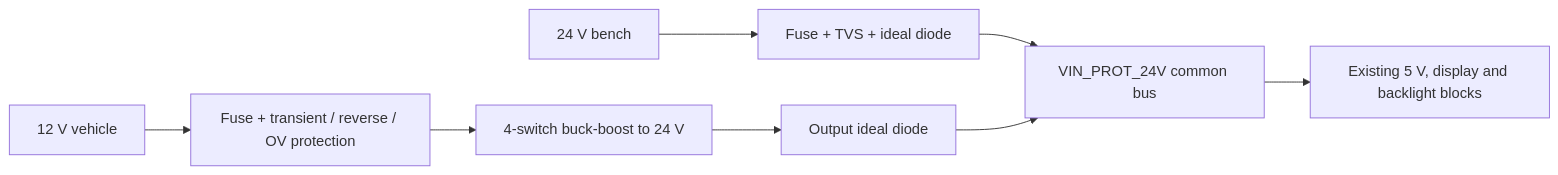
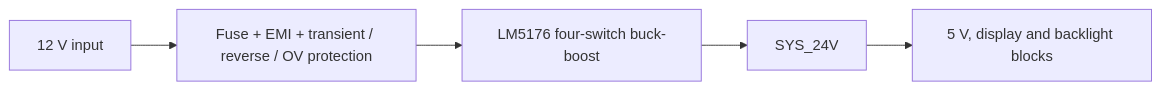
One commit to sydude/ESP32-P4-Display-Development-Daughterboard changed the diagram in docs/PRD.md. Above: the diagram before and after it, drawn with Mermaid. The commit also changed other lines of this file and 16 other files, not shown here.

Commit message:
Simplify power architecture to single 12V input

````diff
--- a/docs/PRD.md
+++ b/docs/PRD.md
@@ -319,10 +310,7 @@
 ```mermaid
 flowchart LR
-  A["24 V bench"] --> B["Fuse + TVS + ideal diode"]
-  C["12 V vehicle"] --> D["Fuse + transient / reverse / OV protection"]
-  D --> E["4-switch buck-boost to 24 V"]
-  E --> F["Output ideal diode"]
-  B --> G["VIN_PROT_24V common bus"]
-  F --> G
-  G --> H["Existing 5 V, display and backlight blocks"]
+  A["12 V input"] --> B["Fuse + EMI + transient / reverse / OV protection"]
+  B --> C["LM5176 four-switch buck-boost"]
+  C --> D["SYS_24V"]
+  D --> E["5 V, display and backlight blocks"]
 ```
````
